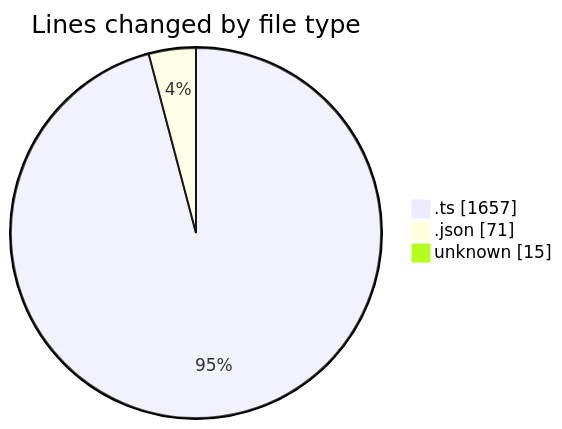
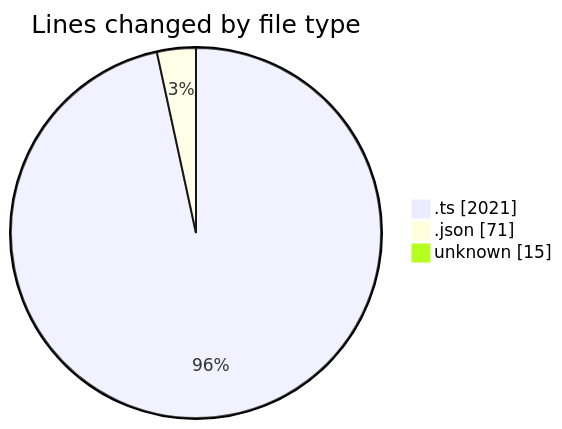
The first of 2 diagrams in 2025-09-12/hiai-phf/README.md (lephambinh05/code-tracking), drawn with Mermaid before and after one commit. The commit also changed other lines of this file and 1 other file, not shown here.

````diff
--- a/2025-09-12/hiai-phf/README.md
+++ b/2025-09-12/hiai-phf/README.md
@@ -25,7 +26,7 @@
 ```mermaid
 pie showData
 title Lines changed by file type
-".ts" : 1657
+".ts" : 2021
 ".json" : 71
 "unknown" : 15
 ```
````
